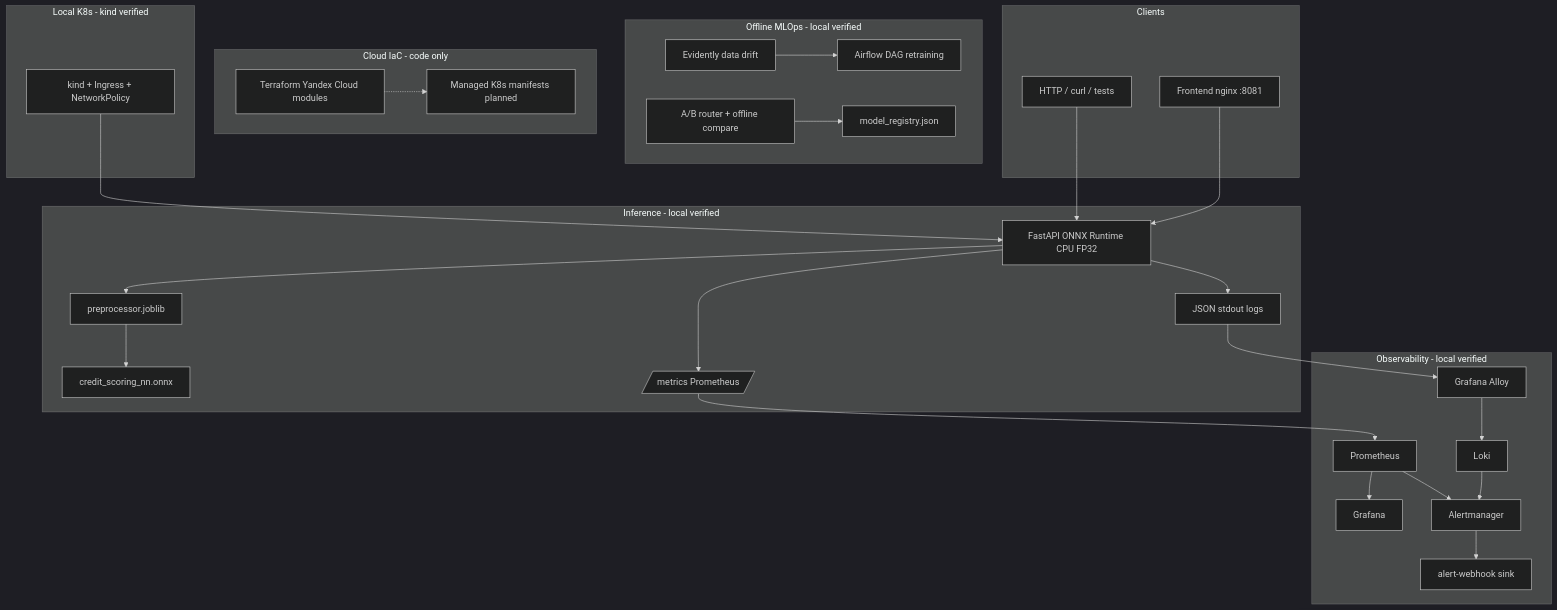
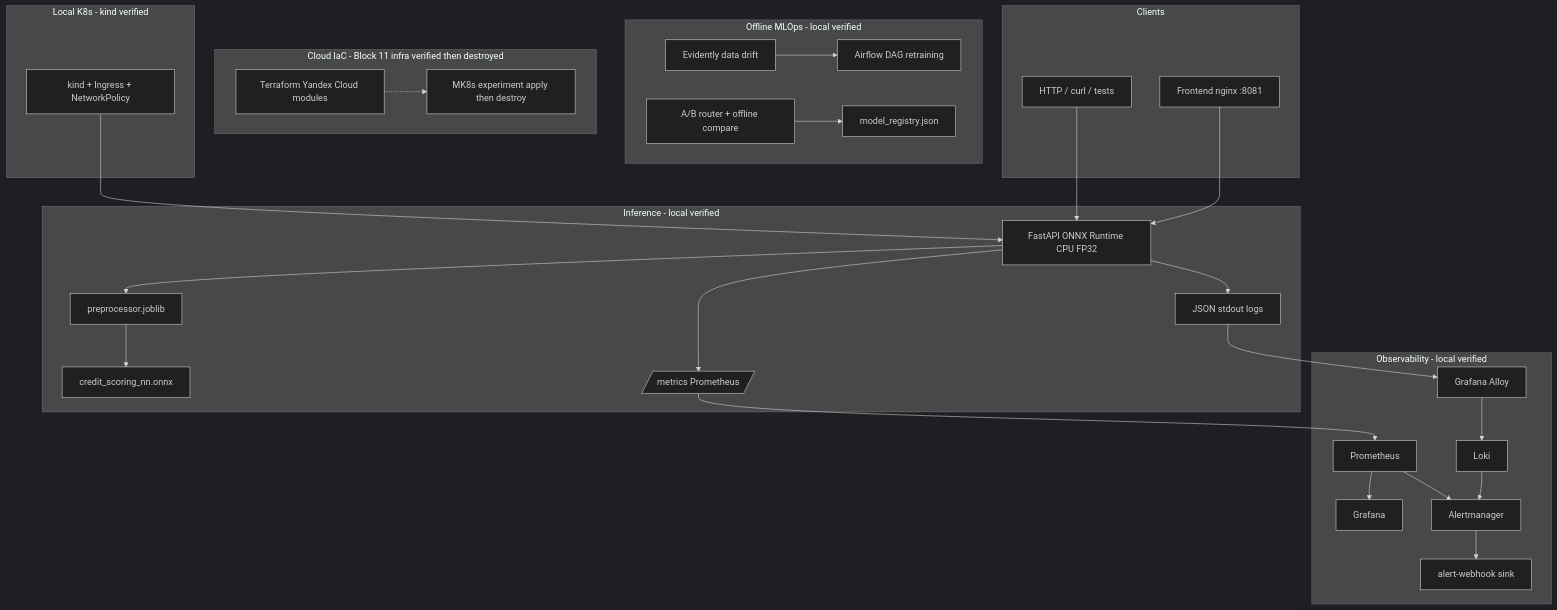
The first of 7 diagrams in docs/architecture/overview.md (Serg2311-prog/credit-scoring-mlops-deployment), drawn with Mermaid (dark theme) before and after one commit. The commit also changed other lines of this file and 63 other files, not shown here.

Commit message:
Complete cloud infrastructure experiment and finalize project documentation

````diff
--- a/docs/architecture/overview.md
+++ b/docs/architecture/overview.md
@@ -13,52 +17,52 @@
 ```mermaid
 flowchart TB
   subgraph clients [Clients]
     UI[Frontend nginx :8081]
     HTTP[HTTP / curl / tests]
   end
 
   subgraph serving [Inference - local verified]
     API[FastAPI ONNX Runtime CPU FP32]
     PRE[preprocessor.joblib]
     ONNX[credit_scoring_nn.onnx]
     MET[/metrics Prometheus/]
     LOGS[JSON stdout logs]
   end
 
   subgraph obs [Observability - local verified]
     PROM[Prometheus]
     GRAF[Grafana]
     LOKI[Loki]
     ALLOY[Grafana Alloy]
     AM[Alertmanager]
     WH[alert-webhook sink]
   end
 
   subgraph offline [Offline MLOps - local verified]
     EV[Evidently data drift]
     AB[A/B router + offline compare]
     REG[model_registry.json]
     AF[Airflow DAG retraining]
   end
 
-  subgraph iac [Cloud IaC - code only]
+  subgraph iac [Cloud IaC - Block 11 infra verified then destroyed]
     TF[Terraform Yandex Cloud modules]
-    K8Scloud[Managed K8s manifests planned]
+    K8Scloud[MK8s experiment apply then destroy]
   end
 
   subgraph localk8s [Local K8s - kind verified]
     KIND[kind + Ingress + NetworkPolicy]
   end
 
   UI --> API
   HTTP --> API
   API --> PRE --> ONNX
   API --> MET --> PROM --> GRAF
   API --> LOGS --> ALLOY --> LOKI
   LOKI --> AM --> WH
   PROM --> AM
   EV --> AF
   AB --> REG
   TF -.-> K8Scloud
   KIND --> API
 ```
````
